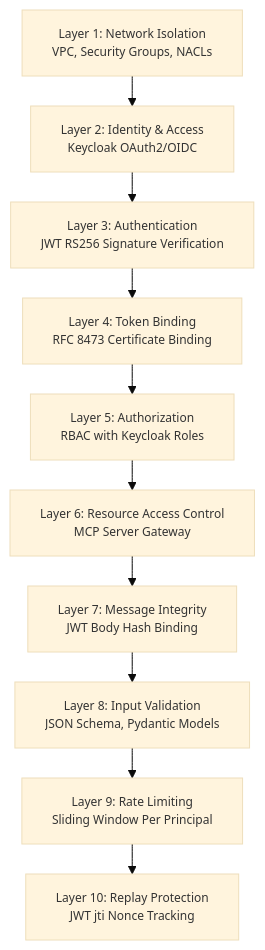
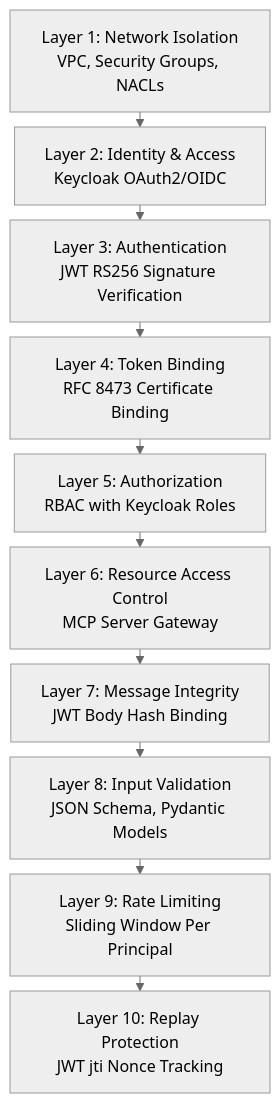
One commit to jaafar-benabderrazak/ca_a2a changed the third of 10 diagrams in CA_A2A_COMPLETE_SECURITY_DOCUMENTATION.md. Above: the diagram before and after it, drawn with Mermaid. The commit also changed other lines of this file, not shown here.

Commit message:
Make Mermaid graphs smaller by removing fontSize overrides

````diff
--- a/CA_A2A_COMPLETE_SECURITY_DOCUMENTATION.md
+++ b/CA_A2A_COMPLETE_SECURITY_DOCUMENTATION.md
@@ -264,18 +264,18 @@
 ```mermaid
-%%{init: {"theme":"base","themeVariables":{"fontSize":"12px"},"flowchart":{"nodeSpacing":25,"rankSpacing":30}}}%%
+%%{init: {"theme":"neutral","flowchart":{"nodeSpacing":12,"rankSpacing":15}}}%%
 graph TB
     L1["Layer 1: Network Isolation<br/>VPC, Security Groups, NACLs"]
     L2["Layer 2: Identity & Access<br/>Keycloak OAuth2/OIDC"]
     L3["Layer 3: Authentication<br/>JWT RS256 Signature Verification"]
     L4["Layer 4: Token Binding<br/>RFC 8473 Certificate Binding"]
     L5["Layer 5: Authorization<br/>RBAC with Keycloak Roles"]
     L6["Layer 6: Resource Access Control<br/>MCP Server Gateway"]
     L7["Layer 7: Message Integrity<br/>JWT Body Hash Binding"]
     L8["Layer 8: Input Validation<br/>JSON Schema, Pydantic Models"]
     L9["Layer 9: Rate Limiting<br/>Sliding Window Per Principal"]
     L10["Layer 10: Replay Protection<br/>JWT jti Nonce Tracking"]
     
     L1 --> L2 --> L3 --> L4 --> L5 --> L6 --> L7 --> L8 --> L9 --> L10
     
     %% Styling intentionally removed for readability (no color blocks).
 ```
````
